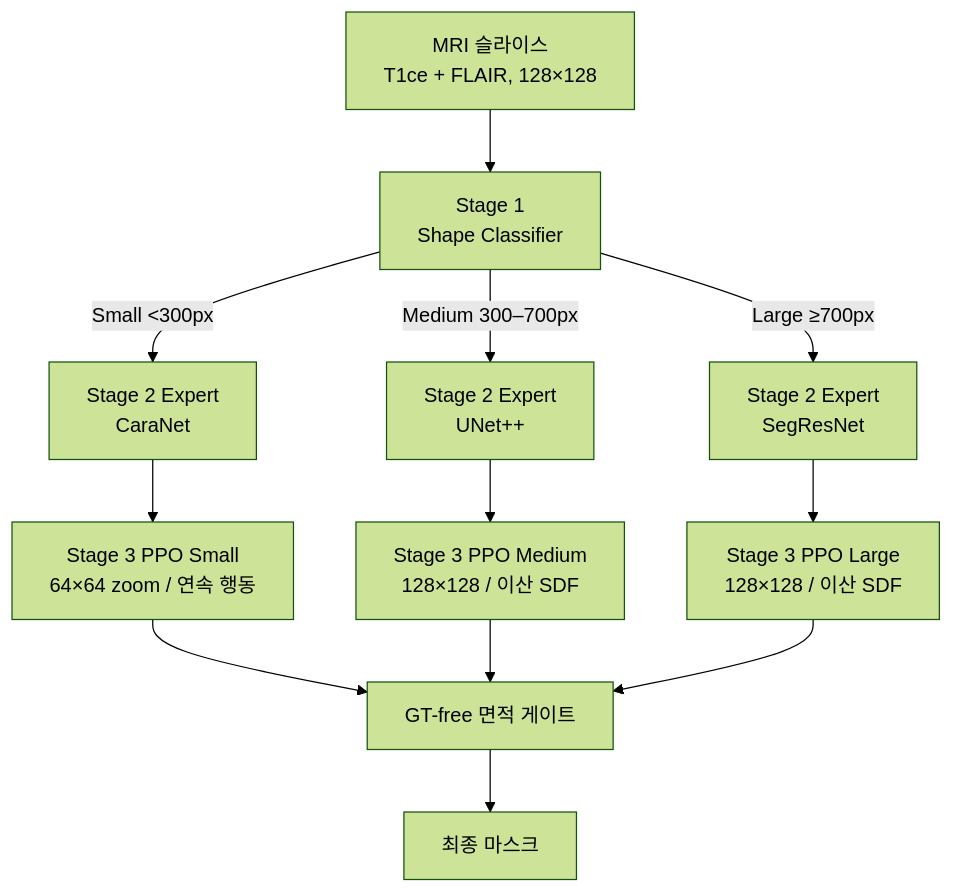
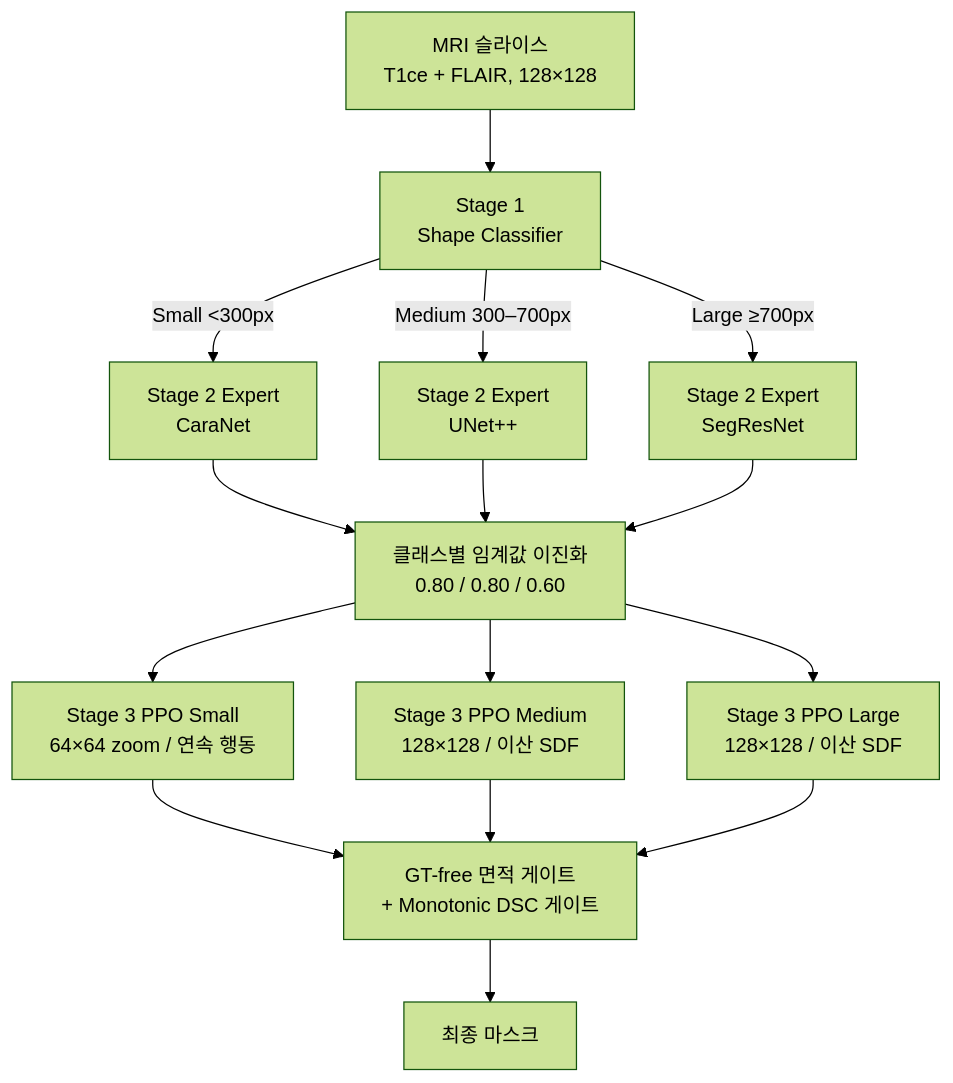
One commit to aninsung/2026-summer-Interdepartmental-Academic-Conference changed the diagram in README.md. Above: the diagram before and after it, drawn with Mermaid (forest theme). The commit also changed other lines of this file and 56 other files, not shown here.

````diff
--- a/README.md
+++ b/README.md
@@ -48,14 +63,17 @@
 ```mermaid
 flowchart TD
     A["MRI 슬라이스<br/>T1ce + FLAIR, 128×128"] --> B["Stage 1<br/>Shape Classifier"]
     B -->|Small &lt;300px| C["Stage 2 Expert<br/>CaraNet"]
     B -->|Medium 300–700px| D["Stage 2 Expert<br/>UNet++"]
     B -->|Large ≥700px| E["Stage 2 Expert<br/>SegResNet"]
-    C --> F["Stage 3 PPO Small<br/>64×64 zoom / 연속 행동"]
-    D --> G["Stage 3 PPO Medium<br/>128×128 / 이산 SDF"]
-    E --> H["Stage 3 PPO Large<br/>128×128 / 이산 SDF"]
-    F --> I["GT-free 면적 게이트"]
+    C --> T["클래스별 임계값 이진화<br/>0.80 / 0.80 / 0.60"]
+    D --> T
+    E --> T
+    T --> F["Stage 3 PPO Small<br/>64×64 zoom / 연속 행동"]
+    T --> G["Stage 3 PPO Medium<br/>128×128 / 이산 SDF"]
+    T --> H["Stage 3 PPO Large<br/>128×128 / 이산 SDF"]
+    F --> I["GT-free 면적 게이트<br/>+ Monotonic DSC 게이트"]
     G --> I
     H --> I
     I --> J["최종 마스크"]
 ```
````
